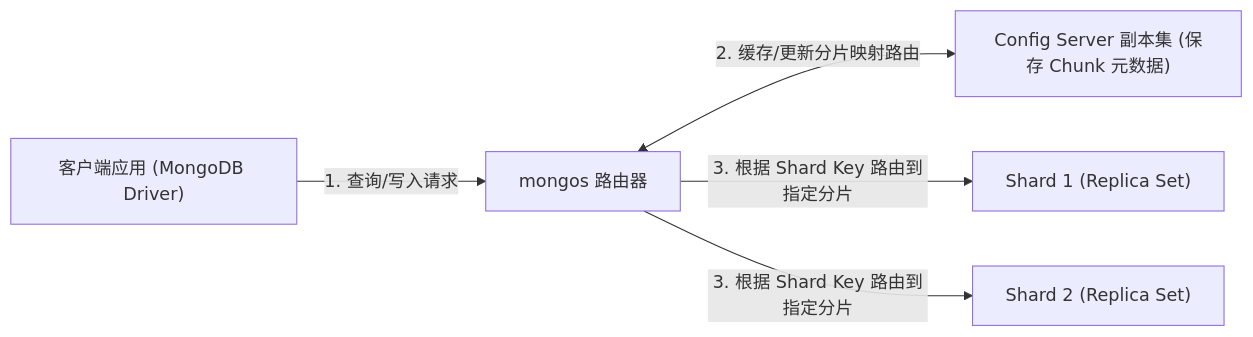
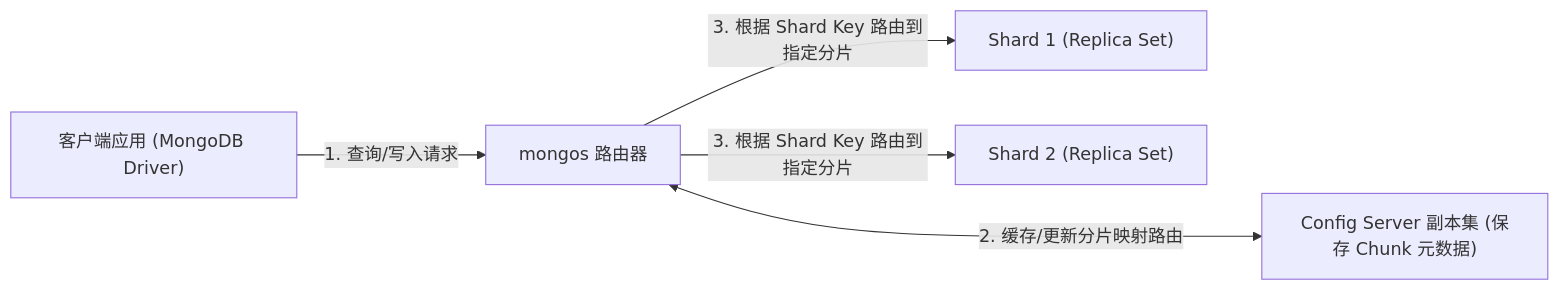
Before and after one commit to koosai/AI-Architect-Learning: the third of 6 diagrams in docs/atlas/mongodb.mdx, drawn with Mermaid. The commit also changed other lines of this file and 68 other files, not shown here.

Commit message:
fix(atlas): fix browser client-side Mermaid rendering for mindmaps and flowcharts across 67 case studies

````diff
--- a/docs/atlas/mongodb.mdx
+++ b/docs/atlas/mongodb.mdx
@@ -112,7 +112,7 @@
 ```mermaid
 graph LR
   ClientApp["客户端应用 (MongoDB Driver)"] -->|1. 查询/写入请求| Mongos["mongos 路由器"]
-  Mongos <-->|2. 缓存/更新分片映射路由| ConfigDB["Config Server 副本集 (保存 Chunk 元数据)"]
+  Mongos <--->|2. 缓存/更新分片映射路由| ConfigDB["Config Server 副本集 (保存 Chunk 元数据)"]
   Mongos -->|3. 根据 Shard Key 路由到指定分片| Shard_1["Shard 1 (Replica Set)"]
   Mongos -->|3. 根据 Shard Key 路由到指定分片| Shard_2["Shard 2 (Replica Set)"]
 ```
````
